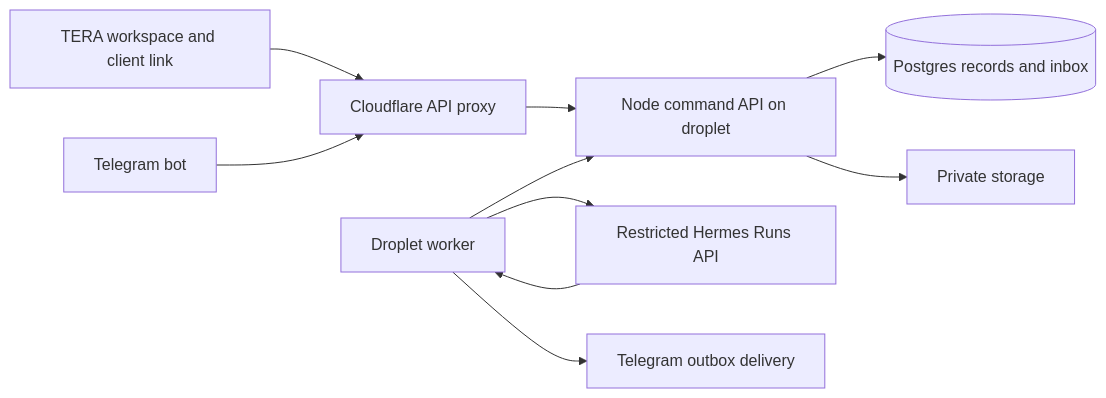
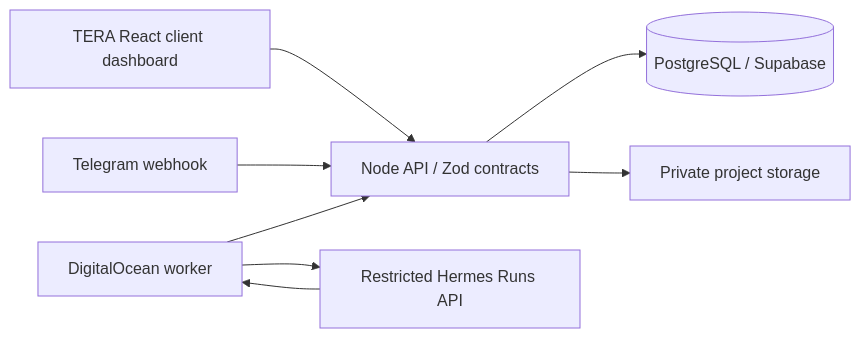
The diagram in README.md (eyeamxela/tera-architect), drawn with Mermaid before and after one commit. The commit also changed other lines of this file and 31 other files, not shown here.

Commit message:
Create TERA Architect with modular disciplines and client investment plans

````diff
--- a/README.md
+++ b/README.md
@@ -53,12 +45,10 @@
 ```mermaid
 flowchart LR
-  Web[TERA workspace and client link] --> Proxy[Cloudflare API proxy]
-  Telegram[Telegram bot] --> Proxy
-  Proxy --> API[Node command API on droplet]
-  API --> DB[(Postgres records and inbox)]
-  API --> Files[Private storage]
-  Worker[Droplet worker] --> API
+  UI[TERA React client dashboard] --> API[Node API / Zod contracts]
+  API --> DB[(PostgreSQL / Supabase)]
+  API --> Files[Private project storage]
+  Telegram[Telegram webhook] --> API
+  Worker[DigitalOcean worker] --> API
   Worker --> Hermes[Restricted Hermes Runs API]
   Hermes --> Worker
-  Worker --> Replies[Telegram outbox delivery]
 ```
````
